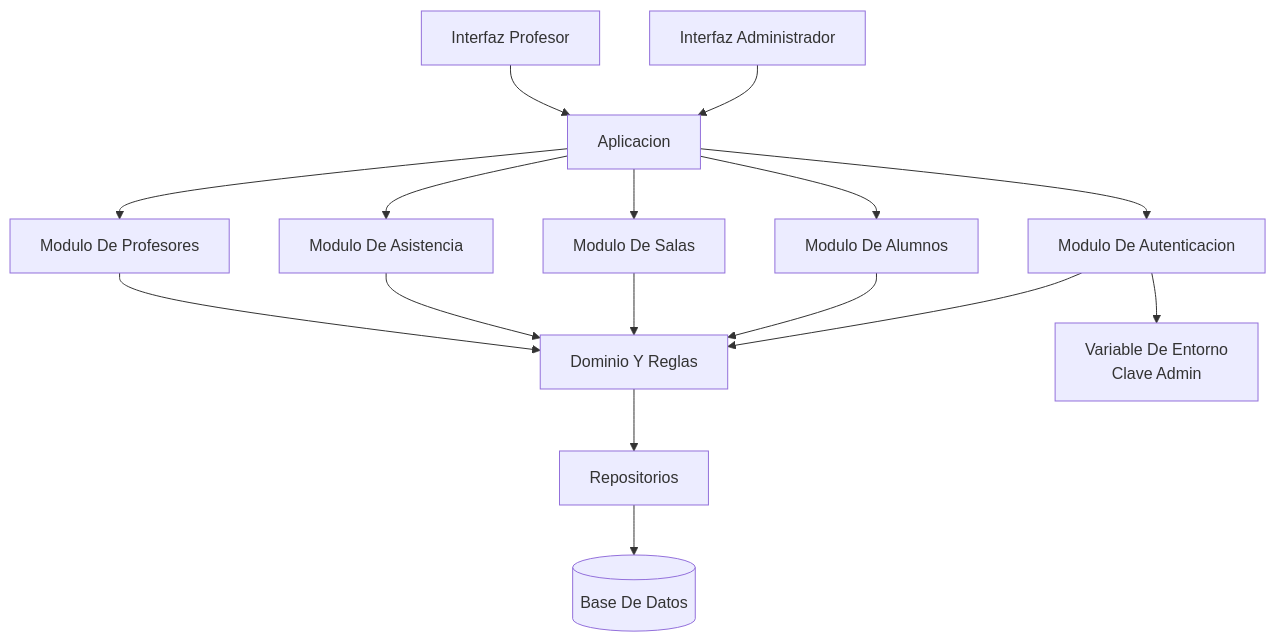
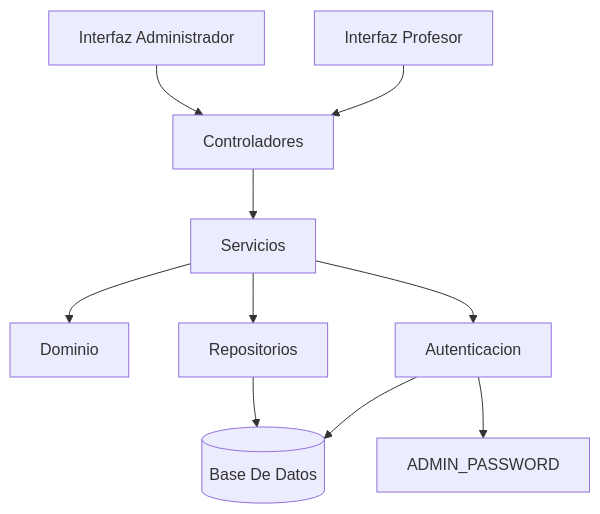
One commit to FacuDemarchi/PracticaProfesional changed the diagram in diseño/arquitectura.md. Above: the diagram before and after it, drawn with Mermaid. The commit also changed other lines of this file and 8 other files, not shown here.

First line of the commit message:
docs(design): update docs and add initial postgres schema

````diff
--- a/diseño/arquitectura.md
+++ b/diseño/arquitectura.md
@@ -9,21 +18,12 @@
 ```mermaid
 flowchart TD
-    A[Interfaz Administrador] --> B[Aplicacion]
-    P[Interfaz Profesor] --> B[Aplicacion]
-
-    B --> AU[Modulo De Autenticacion]
-    B --> AL[Modulo De Alumnos]
-    B --> SA[Modulo De Salas]
-    B --> AS[Modulo De Asistencia]
-    B --> PR[Modulo De Profesores]
-
-    AU --> D[Dominio Y Reglas]
-    AL --> D
-    SA --> D
-    AS --> D
-    PR --> D
-
-    D --> R[Repositorios]
-    R --> DB[(Base De Datos)]
-    AU --> ENV[Variable De Entorno\nClave Admin]
+    UIA[Interfaz Administrador] --> HTTP[Controladores]
+    UIP[Interfaz Profesor] --> HTTP
+    HTTP --> APP[Servicios]
+    APP --> DOM[Dominio]
+    APP --> REP[Repositorios]
+    REP --> DB[(Base De Datos)]
+    APP --> AUTH[Autenticacion]
+    AUTH --> ENV[ADMIN_PASSWORD]
+    AUTH --> DB
 ```
````
